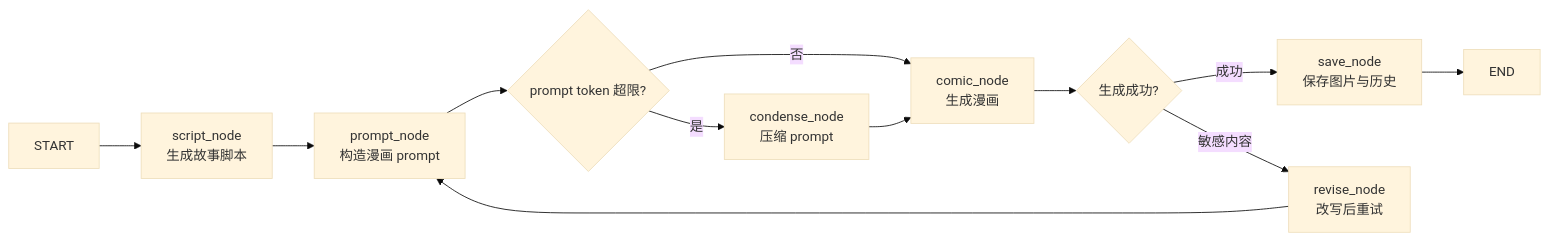
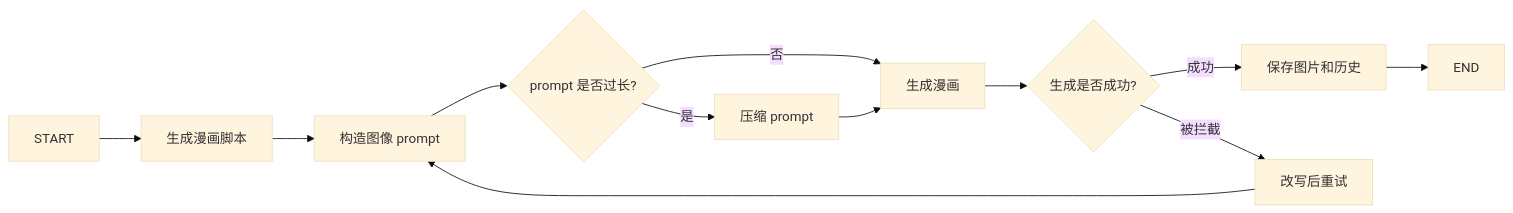
One commit to pheonix2006/pheonix2006.github.io changed the second of 2 diagrams in src/content/projects/you-in-parallel-universes.md. Above: the diagram before and after it, drawn with Mermaid (base theme). The commit also changed other lines of this file and 3 other files, not shown here.

````diff
--- a/src/content/projects/you-in-parallel-universes.md
+++ b/src/content/projects/you-in-parallel-universes.md
@@ -109,14 +102,14 @@
 ```mermaid
 flowchart LR
-    Start["START"] --> Script["script_node<br/>生成故事脚本"]
-    Script --> Prompt["prompt_node<br/>构造漫画 prompt"]
-    Prompt --> Check{"prompt token 超限?"}
-    Check -->|是| Condense["condense_node<br/>压缩 prompt"]
-    Check -->|否| Comic["comic_node<br/>生成漫画"]
+    Start["START"] --> Script["生成漫画脚本"]
+    Script --> Prompt["构造图像 prompt"]
+    Prompt --> Check{"prompt 是否过长?"}
+    Check -->|是| Condense["压缩 prompt"]
+    Check -->|否| Comic["生成漫画"]
     Condense --> Comic
-    Comic --> Route{"生成成功?"}
-    Route -->|成功| Save["save_node<br/>保存图片与历史"]
-    Route -->|敏感内容| Revise["revise_node<br/>改写后重试"]
+    Comic --> Route{"生成是否成功?"}
+    Route -->|成功| Save["保存图片和历史"]
+    Route -->|被拦截| Revise["改写后重试"]
     Revise --> Prompt
     Save --> End["END"]
 ```
````
